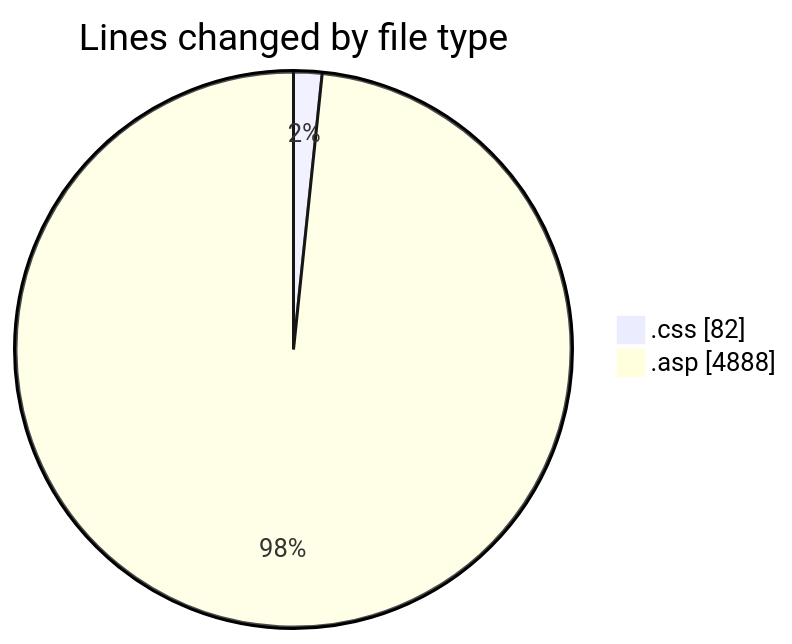
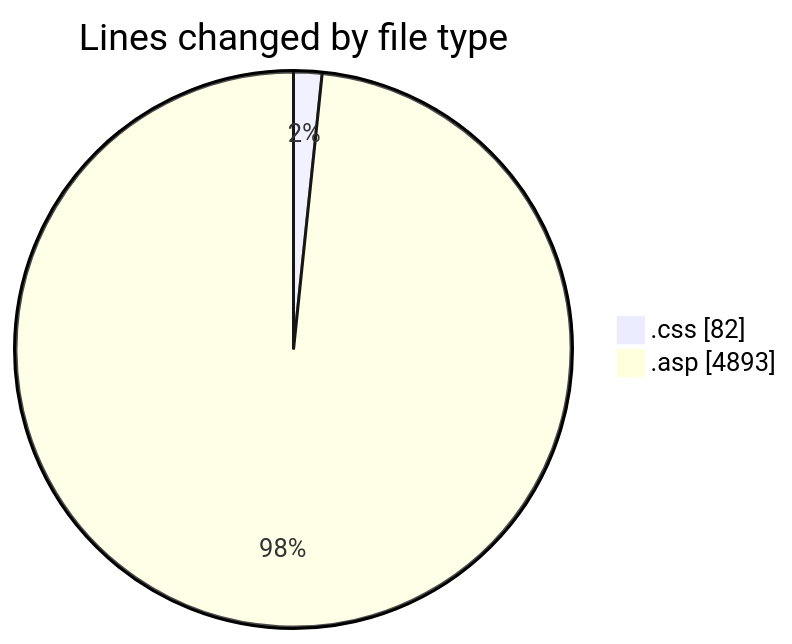
One commit to julien-gomy/code-tracking changed the first of 2 diagrams in 2025-11-16/cdp_aleoudev_fr__workspace_/README.md. Above: the diagram before and after it, drawn with Mermaid. The commit also changed other lines of this file and 1 other file, not shown here.

````diff
--- a/2025-11-16/cdp_aleoudev_fr__workspace_/README.md
+++ b/2025-11-16/cdp_aleoudev_fr__workspace_/README.md
@@ -27,6 +27,6 @@
 ```mermaid
 pie showData
 title Lines changed by file type
 ".css" : 82
-".asp" : 4888
+".asp" : 4893
 ```
````
